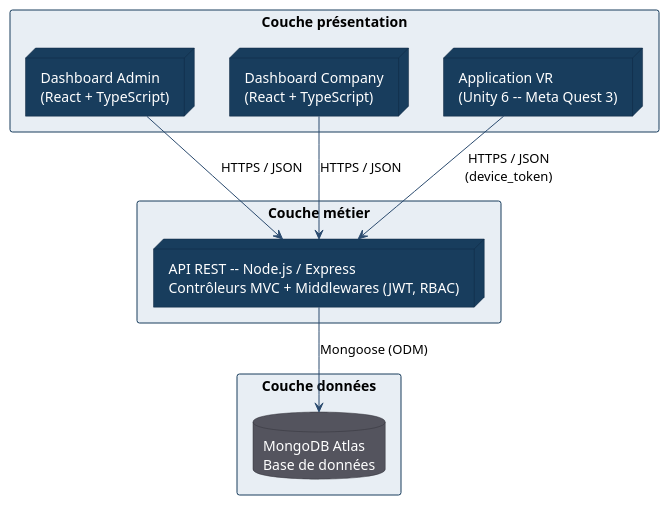
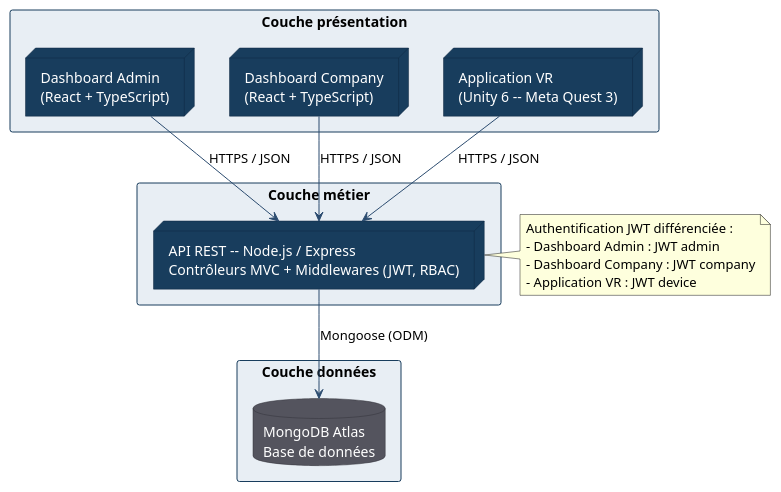
Before and after one commit to sayenjabo/TynassIt_PFE: the diagram in PUML/archi_couches.puml, drawn with PlantUML. The commit also changed 68 other files, not shown here.

```diff
--- a/PUML/archi_couches.puml
+++ b/PUML/archi_couches.puml
@@ -1,39 +1,46 @@
 @startuml Architecture_en_couches
 ' Architecture logique en 3 couches --- Immersio / Tynass IT
 skinparam shadowing false
 skinparam ArrowColor #2B4B6F
 skinparam defaultFontName Helvetica
 skinparam rectangle {
   BorderColor #183D5D
   FontColor #000000
 }
 skinparam node {
   BackgroundColor #183D5D
   FontColor #FFFFFF
   BorderColor #0E2740
 }
 skinparam database {
   BackgroundColor #54545E
   FontColor #FFFFFF
   BorderColor #33333A
 }
 
 rectangle "Couche présentation" as C1 #E8EEF4 {
   node "Dashboard Admin\n(React + TypeScript)" as Admin
   node "Dashboard Company\n(React + TypeScript)" as Comp
   node "Application VR\n(Unity 6 -- Meta Quest 3)" as VR
 }
 
 rectangle "Couche métier" as C2 #E8EEF4 {
   node "API REST -- Node.js / Express\nContrôleurs MVC + Middlewares (JWT, RBAC)" as API
 }
 
 rectangle "Couche données" as C3 #E8EEF4 {
   database "MongoDB Atlas\nBase de données" as DB
 }
 
 Admin --> API : HTTPS / JSON
 Comp  --> API : HTTPS / JSON
-VR    --> API : HTTPS / JSON\n(device_token)
+VR    --> API : HTTPS / JSON
 API   --> DB  : Mongoose (ODM)
+
+note right of API
+Authentification JWT différenciée :
+- Dashboard Admin : JWT admin
+- Dashboard Company : JWT company
+- Application VR : JWT device
+end note
 @enduml
```
